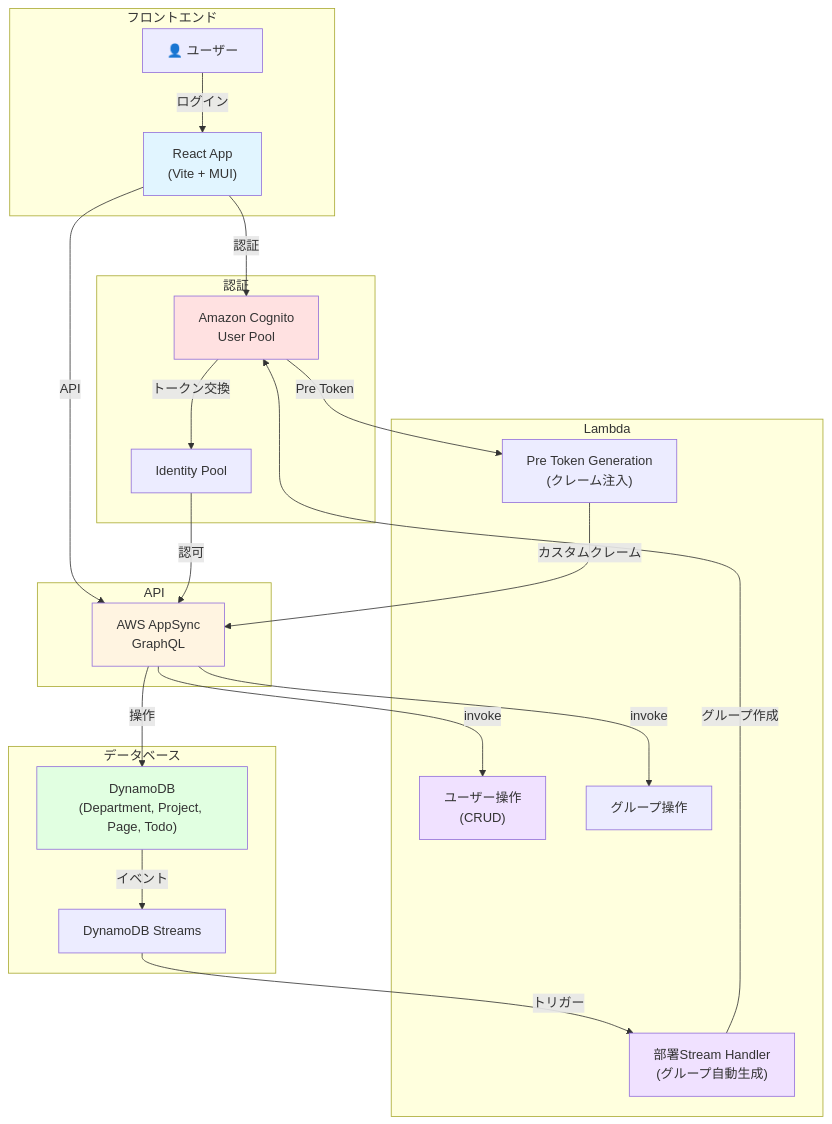
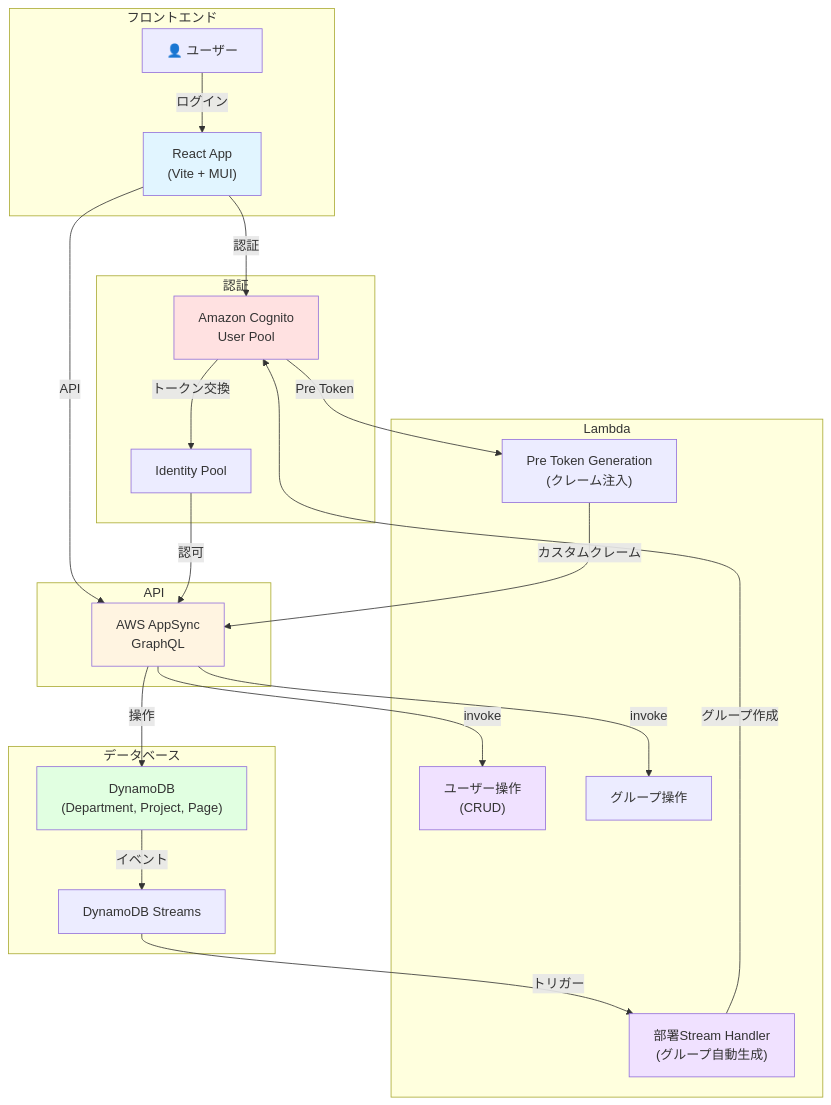
One commit to kyiwanami/workops-suite-monorepo changed the diagram in apps/portal/README.md. Above: the diagram before and after it, drawn with Mermaid. The commit also changed other lines of this file and 10 other files, not shown here.

````diff
--- a/apps/portal/README.md
+++ b/apps/portal/README.md
@@ -52,50 +52,50 @@
 ```mermaid
 graph TB
     subgraph Frontend["フロントエンド"]
         User["👤 ユーザー"]
         React["React App<br/>(Vite + MUI)"]
     end
 
     subgraph Auth["認証"]
         Cognito["Amazon Cognito<br/>User Pool"]
         Identity["Identity Pool"]
     end
 
     subgraph API["API"]
         AppSync["AWS AppSync<br/>GraphQL"]
     end
 
     subgraph Database["データベース"]
-        DynamoDB["DynamoDB<br/>(Department, Project, Page, Todo)"]
+        DynamoDB["DynamoDB<br/>(Department, Project, Page)"]
         Streams["DynamoDB Streams"]
     end
 
     subgraph Functions["Lambda"]
         UserOps["ユーザー操作<br/>(CRUD)"]
         GroupOps["グループ操作<br/>"]
         DeptStream["部署Stream Handler<br/>(グループ自動生成)"]
         PreToken["Pre Token Generation<br/>(クレーム注入)"]
     end
 
     User -->|ログイン| React
     React -->|認証| Cognito
     React -->|API| AppSync
     Cognito -->|トークン交換| Identity
     Identity -->|認可| AppSync
 
     AppSync -->|操作| DynamoDB
     DynamoDB -->|イベント| Streams
     Streams -->|トリガー| DeptStream
     AppSync -->|invoke| UserOps
     AppSync -->|invoke| GroupOps
     DeptStream -->|グループ作成| Cognito
     Cognito -->|Pre Token| PreToken
     PreToken -->|カスタムクレーム| AppSync
 
     style React fill:#e1f5ff
     style Cognito fill:#ffe1e1
     style AppSync fill:#fff4e1
     style DynamoDB fill:#e1ffe1
     style UserOps fill:#f0e1ff
     style DeptStream fill:#f0e1ff
 ```
````
